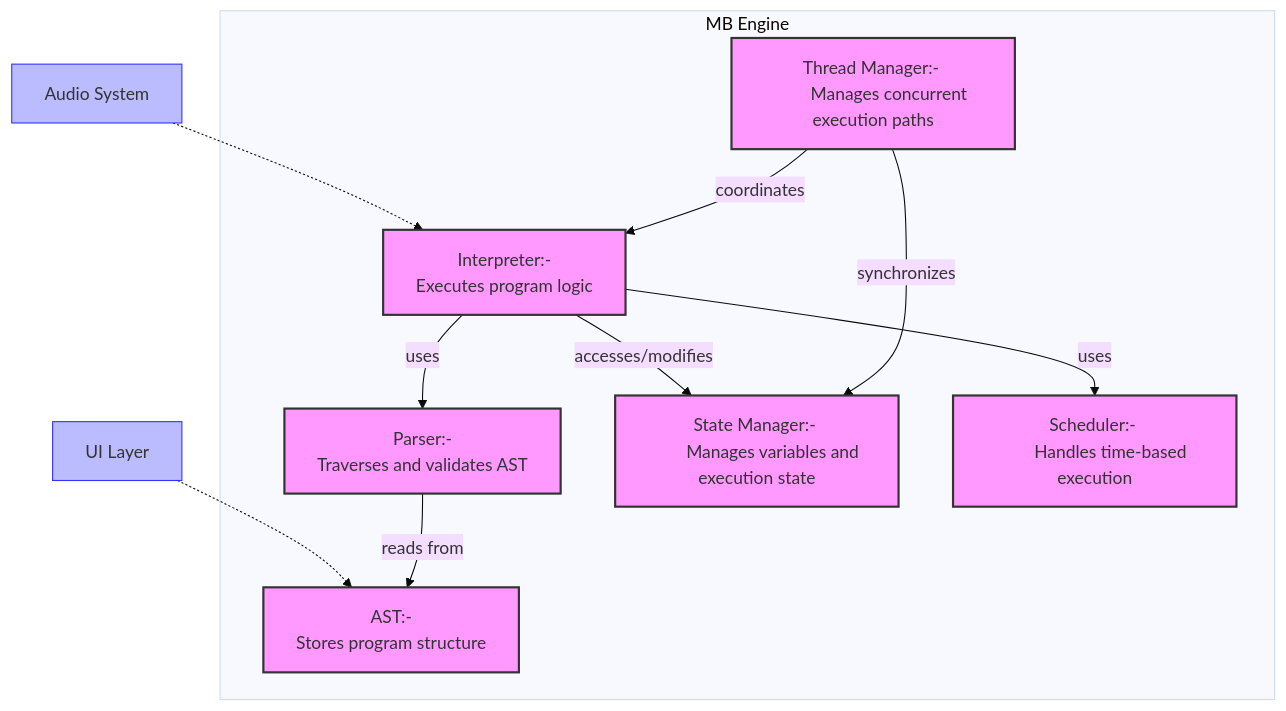
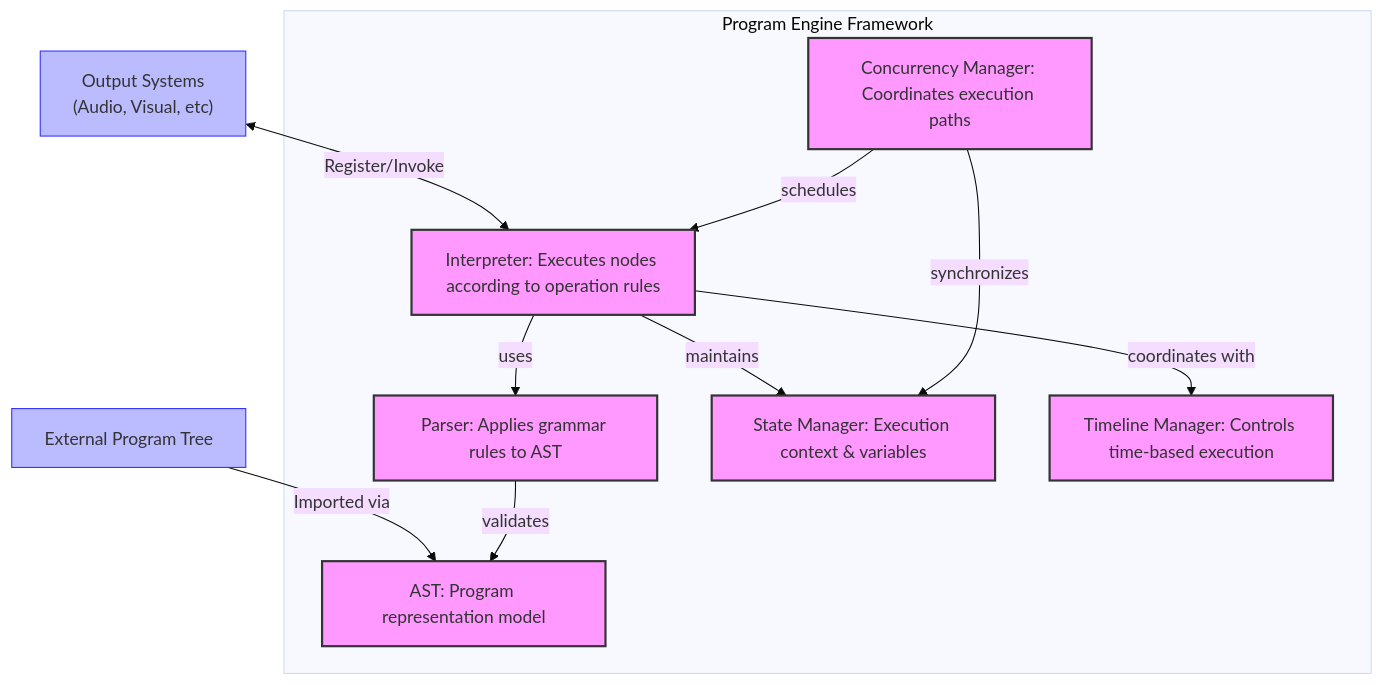
One commit to sa-fw-an/GSoC-Proposal changed the fourth of 18 diagrams in Diagrams.md. Above: the diagram before and after it, drawn with Mermaid (base theme). The commit also changed other lines of this file, not shown here.

Commit message:
Updated Diagrams

````diff
--- a/Diagrams.md
+++ b/Diagrams.md
@@ -81,33 +103,27 @@
 ```mermaid
-graph TB
-    subgraph "MB Engine"
-        AST["AST:- 
-        Stores program structure"]
-        Parser["Parser:- 
-        Traverses and validates AST"]
-        StateManager["State Manager:- 
-        Manages variables and execution state"]
-        Interpreter["Interpreter:- 
-        Executes program logic"]
-        Scheduler["Scheduler:- 
-        Handles time-based execution"]
-        ThreadManager["Thread Manager:- 
-        Manages concurrent execution paths"]
+graph TD
+    subgraph "Program Engine Framework"
+        AST["AST: Program representation model"]
+        Parser["Parser: Applies grammar rules to AST"]
+        StateManager["State Manager: Execution context & variables"]
+        Interpreter["Interpreter: Executes nodes according to operation rules"]
+        Timeline["Timeline Manager: Controls time-based execution"]
+        ConcurrencyManager["Concurrency Manager: Coordinates execution paths"]
     end
 
-    UILayer["UI Layer"] -.-> AST
-    AudioSystem["Audio System"] -.-> Interpreter
+    ExternalTree["External Program Tree"] -->|"Imported via"| AST
+    OutputSystems["Output Systems<br>(Audio, Visual, etc)"] <-->|"Register/Invoke"| Interpreter
 
-    Parser -->|reads from| AST
-    Interpreter -->|uses| Parser
-    Interpreter -->|accesses/modifies| StateManager
-    Interpreter -->|uses| Scheduler
-    ThreadManager -->|coordinates| Interpreter
-    ThreadManager -->|synchronizes| StateManager
+    Parser -->|"validates"| AST
+    Interpreter -->|"uses"| Parser
+    Interpreter -->|"maintains"| StateManager
+    Interpreter -->|"coordinates with"| Timeline
+    ConcurrencyManager -->|"schedules"| Interpreter
+    ConcurrencyManager -->|"synchronizes"| StateManager
 
     classDef component fill:#f9f,stroke:#333,stroke-width:2px;
     classDef external fill:#bbf,stroke:#33f,stroke-width:1px;
     
-    class AST,Parser,StateManager,Interpreter,Scheduler,ThreadManager component;
-    class UILayer,AudioSystem external;
+    class AST,Parser,StateManager,Interpreter,Timeline,ConcurrencyManager component;
+    class ExternalTree,OutputSystems external;
 ```
````
